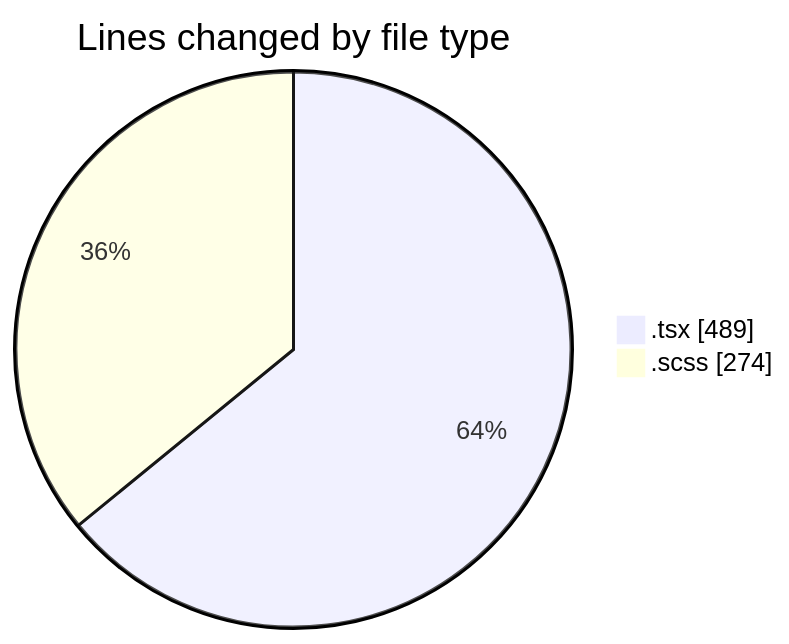
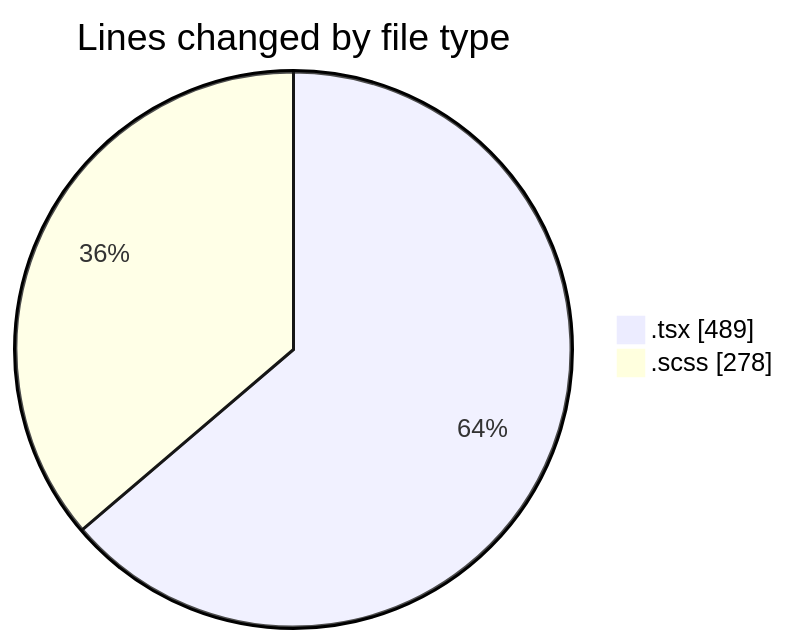
Before and after one commit to momahboobian/code-tracking: the first of 2 diagrams in 2026-02-25/cda/README.md, drawn with Mermaid. The commit also changed other lines of this file and 1 other file, not shown here.

````diff
--- a/2026-02-25/cda/README.md
+++ b/2026-02-25/cda/README.md
@@ -21,6 +21,6 @@
 ```mermaid
 pie showData
 title Lines changed by file type
 ".tsx" : 489
-".scss" : 274
+".scss" : 278
 ```
````
